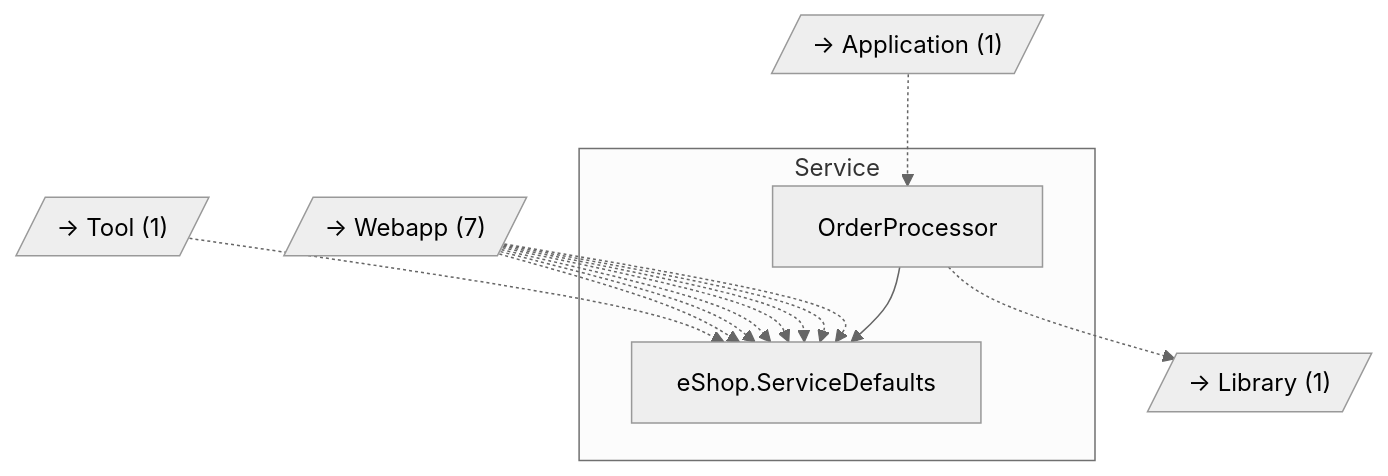
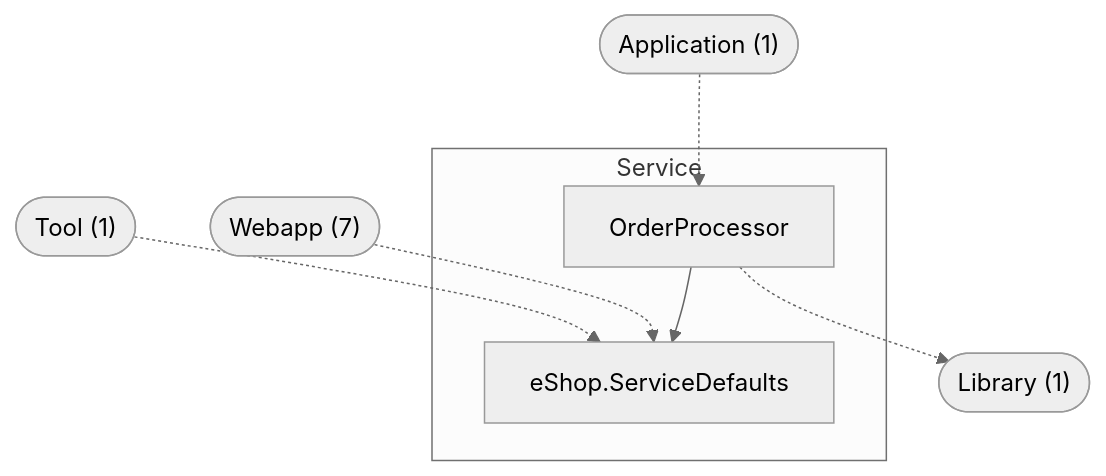
The diagram in output-eshop/docs/diagrams/category-service.mmd (GanizaniSitara/tools-static-analysis), drawn with Mermaid (neutral theme) before and after one commit. The commit also changed 37 other files, not shown here.

First line of the commit message:
Fix Mermaid syntax error and add zoom controls to viewer

```diff
--- a/output-eshop/docs/diagrams/category-service.mmd
+++ b/output-eshop/docs/diagrams/category-service.mmd
@@ -1,20 +1,14 @@
 graph TD
     subgraph service["Service"]
         src_OrderProcessor["OrderProcessor"]
         src_eShop_ServiceDefaults["eShop.ServiceDefaults"]
     end
-    ext_webapp[/"→ Webapp (7)"/]
-    ext_application[/"→ Application (1)"/]
-    ext_library[/"→ Library (1)"/]
-    ext_tool[/"→ Tool (1)"/]
+    ext_webapp(["Webapp (7)"])
+    ext_application(["Application (1)"])
+    ext_library(["Library (1)"])
+    ext_tool(["Tool (1)"])
     src_OrderProcessor --> src_eShop_ServiceDefaults
     ext_webapp -.-> src_eShop_ServiceDefaults
-    ext_webapp -.-> src_eShop_ServiceDefaults
-    ext_webapp -.-> src_eShop_ServiceDefaults
     ext_application -.-> src_OrderProcessor
-    ext_webapp -.-> src_eShop_ServiceDefaults
     src_OrderProcessor -.-> ext_library
-    ext_webapp -.-> src_eShop_ServiceDefaults
-    ext_webapp -.-> src_eShop_ServiceDefaults
-    ext_webapp -.-> src_eShop_ServiceDefaults
     ext_tool -.-> src_eShop_ServiceDefaults
```
